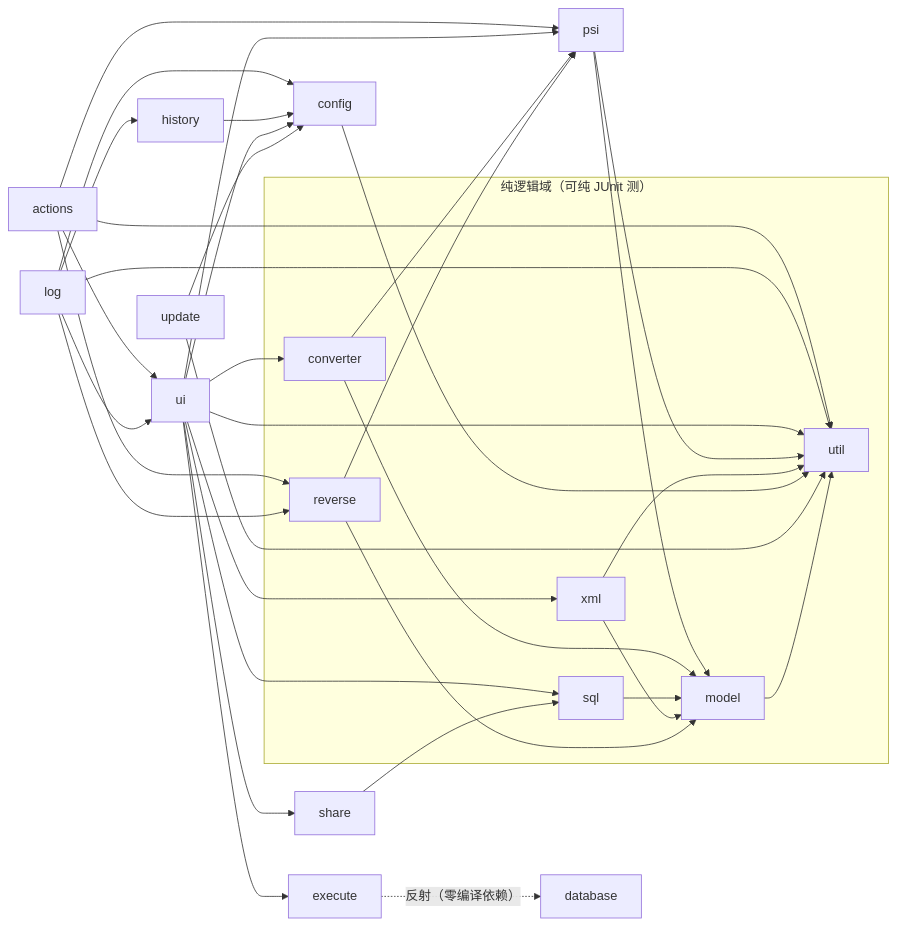
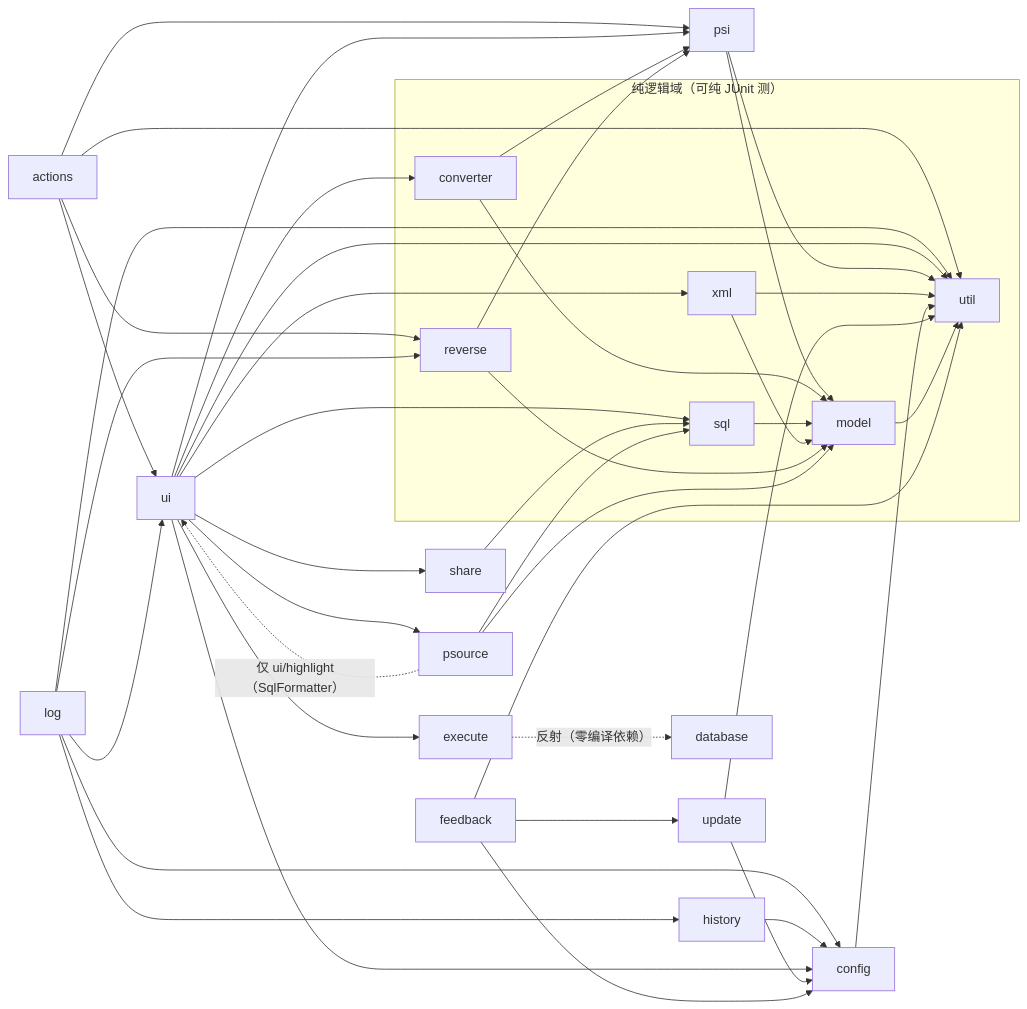
Before and after one commit to JayF211/mybatis-plus-sql-visualizer: the third of 5 diagrams in docs/架构设计/01-项目架构总览.md, drawn with Mermaid. The commit also changed other lines of this file and 4 other files, not shown here.

Commit message:
docs: 架构设计系列同步 dev 当前基线——触发面 gutter 9→13、JOIN 原生 Diagrams 双引擎（§7 新章）/免重启热替换 DynamicInstallSupport（自更新重写）/历史参数持久化 v2/psource·feedback 新包入册、ConverterRegistry 10→11+EQ/MDS/QD 前置派发、测试基线 295类/3788用例（2026-09-12）、发布流程免重启口径与 262 签名护栏、触发面清单补 3 provider 行、EXPLAIN 汉化文案

````diff
--- a/docs/架构设计/01-项目架构总览.md
+++ b/docs/架构设计/01-项目架构总览.md
@@ -139,45 +140,52 @@
 ```mermaid
 flowchart LR
     actions --> ui
     actions --> reverse
     actions --> psi
     actions --> util
     log --> ui
     log --> reverse
     log --> history
     log --> config
     log --> util
     history --> config
     ui --> psi
     ui --> converter
     ui --> sql
     ui --> xml
     ui --> execute
     ui --> share
     ui --> config
     ui --> util
     psi --> model
     psi --> util
     converter --> model
     converter --> psi
     sql --> model
     xml --> model
     xml --> util
     reverse --> model
     reverse --> psi
     execute -. "反射（零编译依赖）" .-> database
     config --> util
     update --> config
     update --> util
     model --> util
     share --> sql
+    psource --> model
+    psource --> sql
+    psource -. "仅 ui/highlight（SqlFormatter）" .-> ui
+    ui --> psource
+    feedback --> config
+    feedback --> update
+    feedback --> util
 
     subgraph 纯逻辑域["纯逻辑域（可纯 JUnit 测）"]
         model
         converter
         sql
         xml
         reverse
         util
     end
 ```
````
